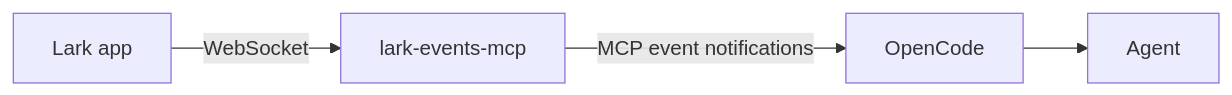
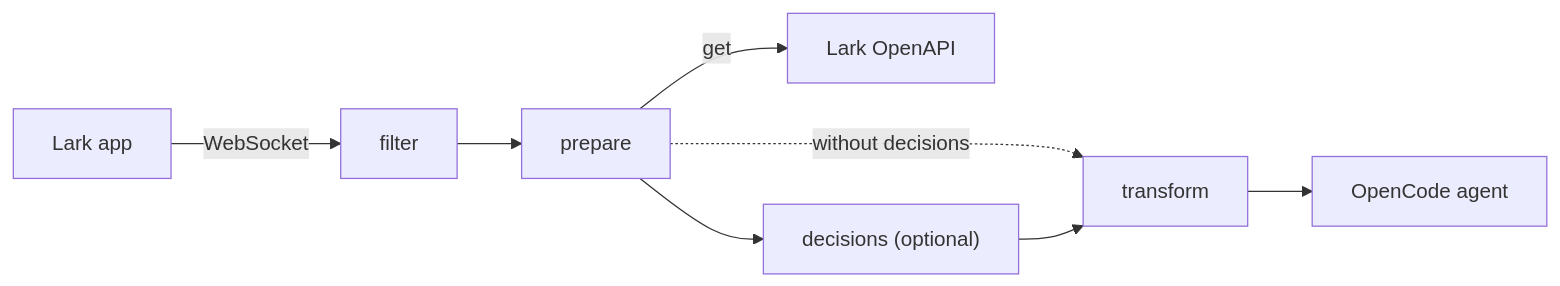
The diagram in packages/lark-events-mcp/README.md (LuckUVeryX/oc-plugins), drawn with Mermaid before and after one commit. The commit also changed other lines of this file and 19 other files, not shown here.

````diff
--- a/packages/lark-events-mcp/README.md
+++ b/packages/lark-events-mcp/README.md
@@ -5,6 +5,10 @@
 ```mermaid
 flowchart LR
-    Lark[Lark app] -- WebSocket --> Server[lark-events-mcp]
-    Server -- MCP event notifications --> OpenCode
-    OpenCode --> Agent
+    Lark[Lark app] -- WebSocket --> Filter[filter]
+    Filter --> Prepare[prepare]
+    Prepare -- "get" --> LarkAPI[Lark OpenAPI]
+    Prepare --> Decisions["decisions (optional)"]
+    Prepare -. without decisions .-> Transform
+    Decisions --> Transform[transform]
+    Transform --> OpenCode[OpenCode agent]
 ```
````
